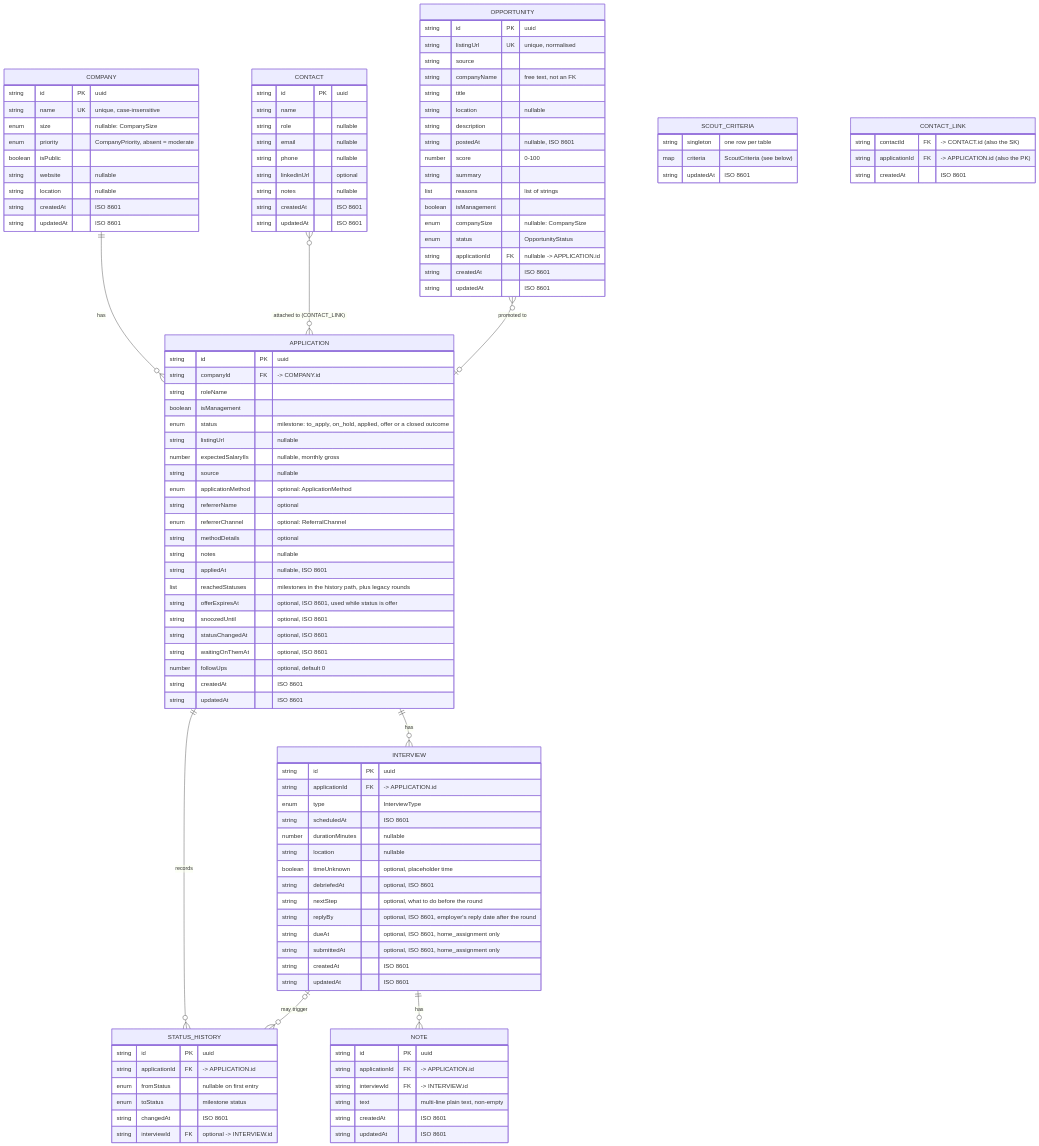
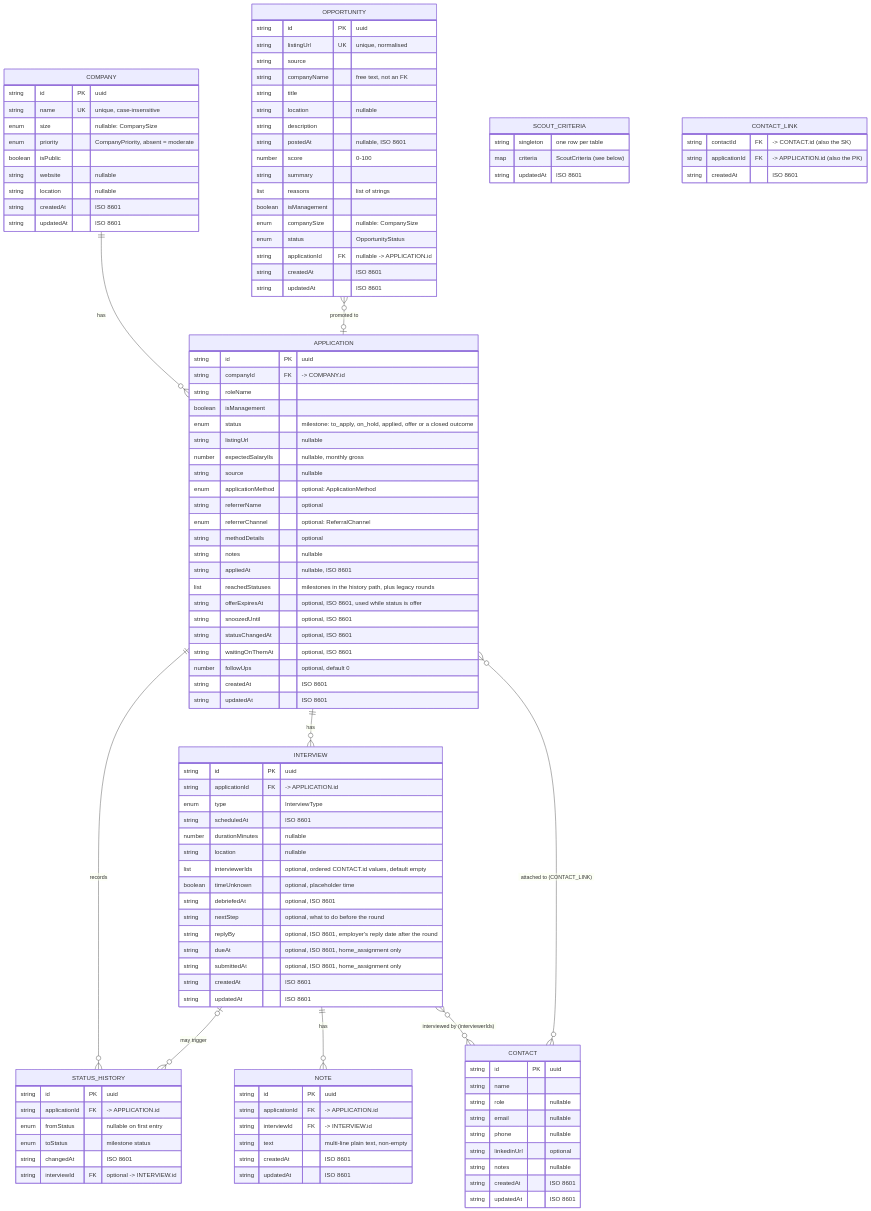
One commit to shayyzhakov/job-tracker changed the first of 2 diagrams in docs/DATA-MODEL.md. Above: the diagram before and after it, drawn with Mermaid. The commit also changed other lines of this file and 23 other files, not shown here.

```diff
--- a/docs/DATA-MODEL.md
+++ b/docs/DATA-MODEL.md
@@ -17,6 +17,7 @@
     APPLICATION ||--o{ STATUS_HISTORY : "records"
     INTERVIEW |o--o{ STATUS_HISTORY : "may trigger"
     INTERVIEW ||--o{ NOTE : "has"
+    INTERVIEW }o--o{ CONTACT : "interviewed by (interviewerIds)"
     OPPORTUNITY }o--o| APPLICATION : "promoted to"
     SCOUT_CRITERIA {
         string singleton "one row per table"
@@ -84,6 +85,7 @@
         string scheduledAt "ISO 8601"
         number durationMinutes "nullable"
         string location "nullable"
+        list interviewerIds "optional, ordered CONTACT.id values, default empty"
         boolean timeUnknown "optional, placeholder time"
         string debriefedAt "optional, ISO 8601"
         string nextStep "optional, what to do before the round"
```
